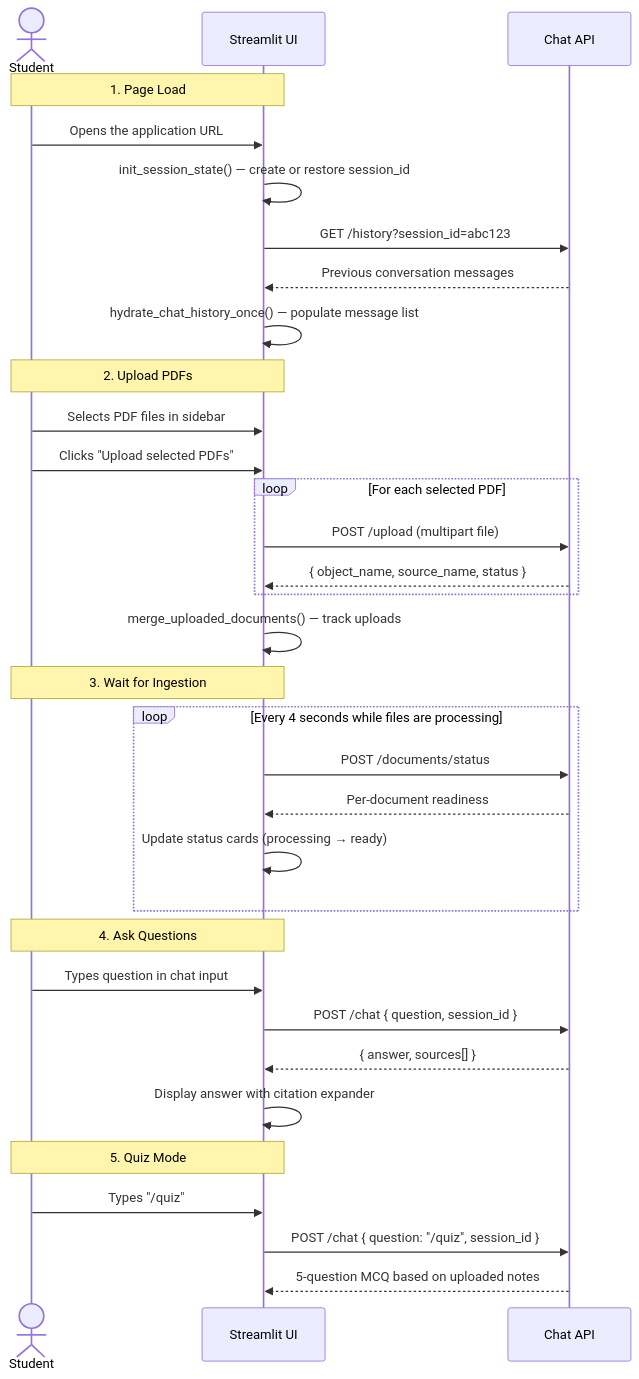
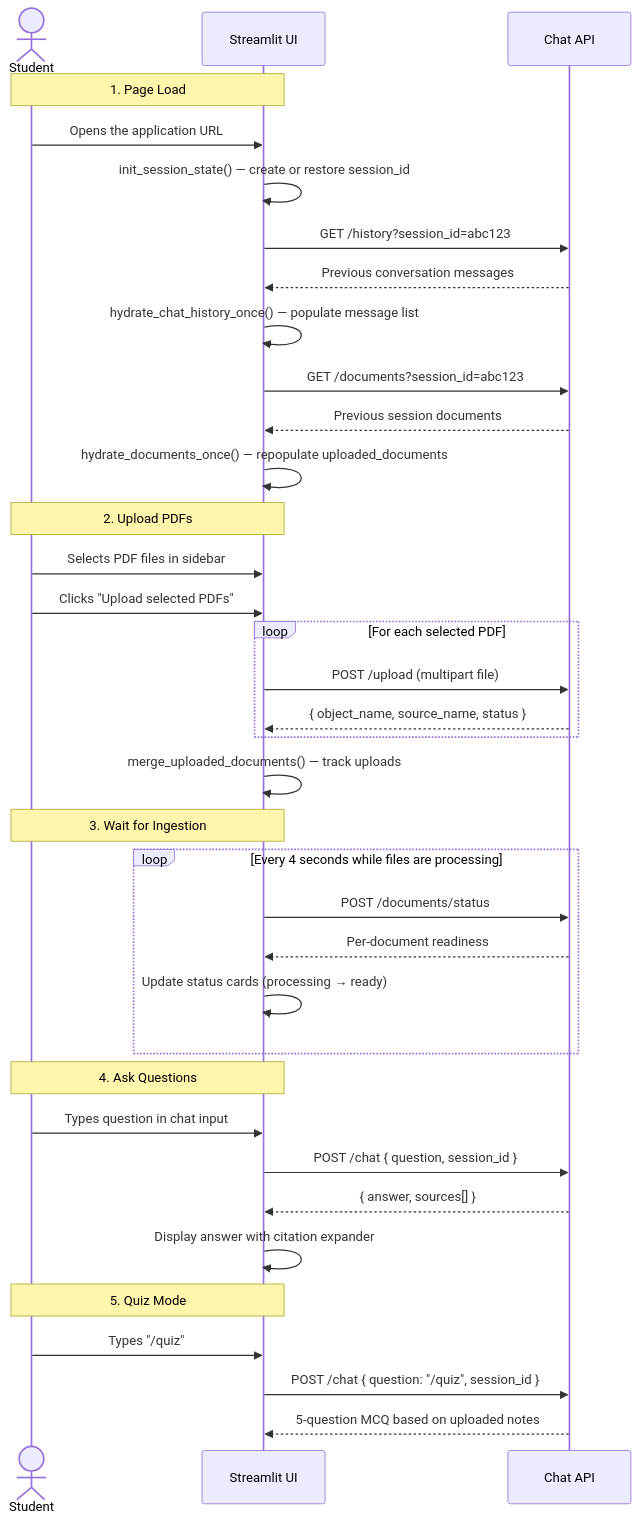
One commit to DanielMortada/cloud-computing-project changed the third of 5 diagrams in streamlit_app/README.md. Above: the diagram before and after it, drawn with Mermaid. The commit also changed other lines of this file and 8 other files, not shown here.

````diff
--- a/streamlit_app/README.md
+++ b/streamlit_app/README.md
@@ -104,40 +105,43 @@
 ```mermaid
 sequenceDiagram
     actor Student
     participant UI as Streamlit UI
     participant API as Chat API
 
     Note over Student,UI: 1. Page Load
     Student->>UI: Opens the application URL
     UI->>UI: init_session_state() — create or restore session_id
     UI->>API: GET /history?session_id=abc123
     API-->>UI: Previous conversation messages
     UI->>UI: hydrate_chat_history_once() — populate message list
+    UI->>API: GET /documents?session_id=abc123
+    API-->>UI: Previous session documents
+    UI->>UI: hydrate_documents_once() — repopulate uploaded_documents
 
     Note over Student,UI: 2. Upload PDFs
     Student->>UI: Selects PDF files in sidebar
     Student->>UI: Clicks "Upload selected PDFs"
     loop For each selected PDF
         UI->>API: POST /upload (multipart file)
         API-->>UI: { object_name, source_name, status }
     end
     UI->>UI: merge_uploaded_documents() — track uploads
 
     Note over Student,UI: 3. Wait for Ingestion
     loop Every 4 seconds while files are processing
         UI->>API: POST /documents/status
         API-->>UI: Per-document readiness
         UI->>UI: Update status cards (processing → ready)
     end
 
     Note over Student,UI: 4. Ask Questions
     Student->>UI: Types question in chat input
     UI->>API: POST /chat { question, session_id }
     API-->>UI: { answer, sources[] }
     UI->>UI: Display answer with citation expander
 
     Note over Student,UI: 5. Quiz Mode
     Student->>UI: Types "/quiz"
     UI->>API: POST /chat { question: "/quiz", session_id }
     API-->>UI: 5-question MCQ based on uploaded notes
 ```
````
